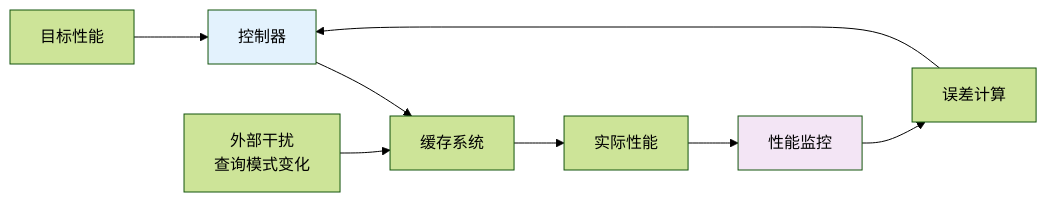
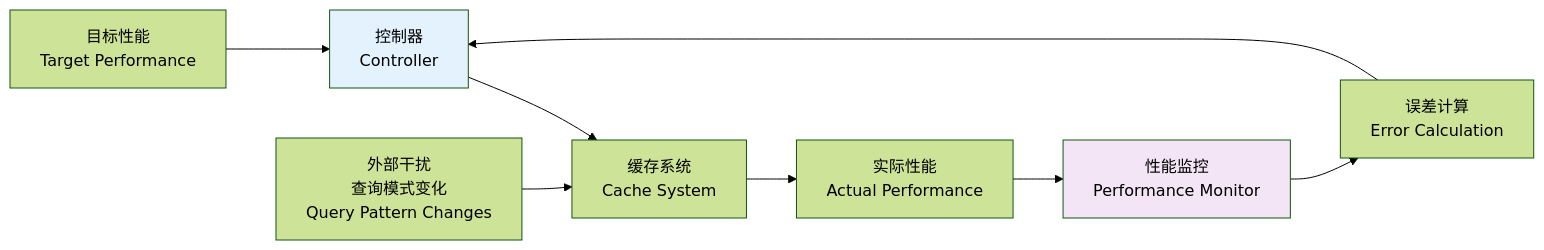
The second of 5 diagrams in md/第四章-动态缓存更新技术与持久化技术.md (crazypenguincode/duckdb), drawn with Mermaid (forest theme) before and after one commit. The commit also changed other lines of this file and 361 other files, not shown here.

````diff
--- a/md/第四章-动态缓存更新技术与持久化技术.md
+++ b/md/第四章-动态缓存更新技术与持久化技术.md
@@ -83,14 +114,14 @@
 ```mermaid
 graph LR
-    A[目标性能] --> B[控制器]
-    B --> C[缓存系统]
-    C --> D[实际性能]
-    D --> E[性能监控]
-    E --> F[误差计算]
+    A[目标性能<br/>Target Performance] --> B[控制器<br/>Controller]
+    B --> C[缓存系统<br/>Cache System]
+    C --> D[实际性能<br/>Actual Performance]
+    D --> E[性能监控<br/>Performance Monitor]
+    E --> F[误差计算<br/>Error Calculation]
     F --> B
     
-    G[外部干扰<br/>查询模式变化] --> C
+    G[外部干扰<br/>查询模式变化<br/>Query Pattern Changes] --> C
     
     style B fill:#e3f2fd
     style E fill:#f3e5f5
 ```
````
